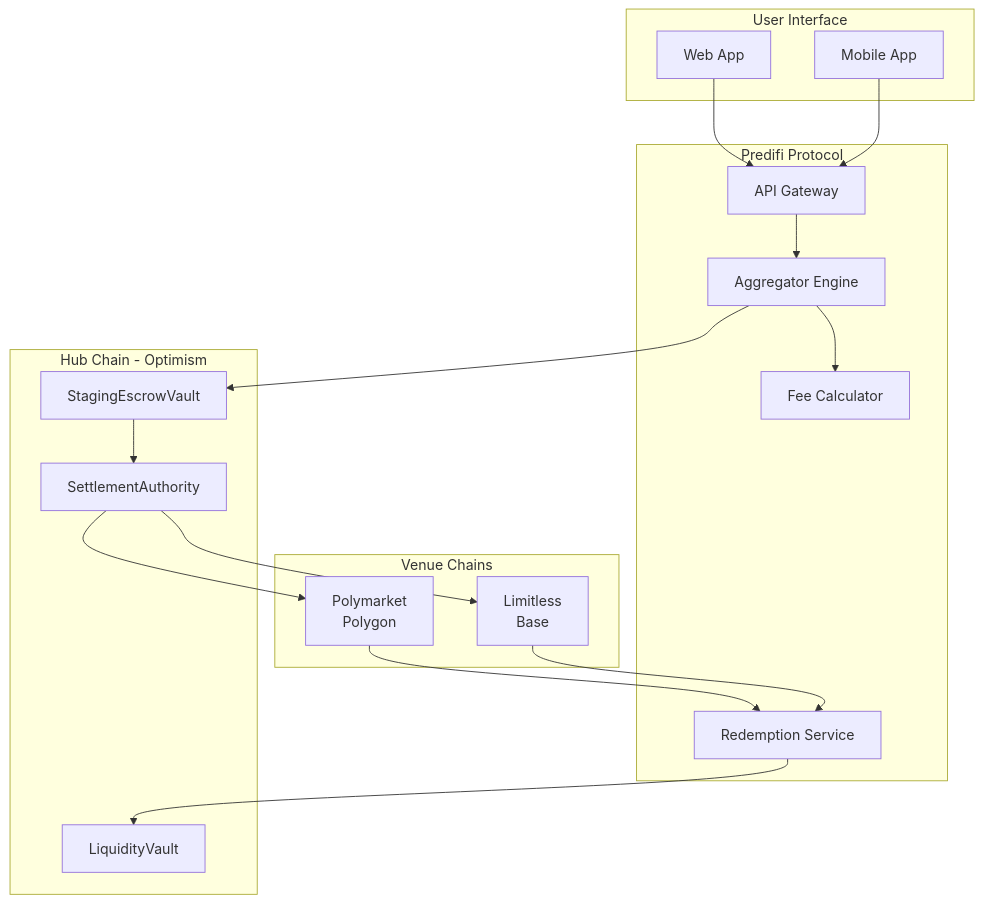
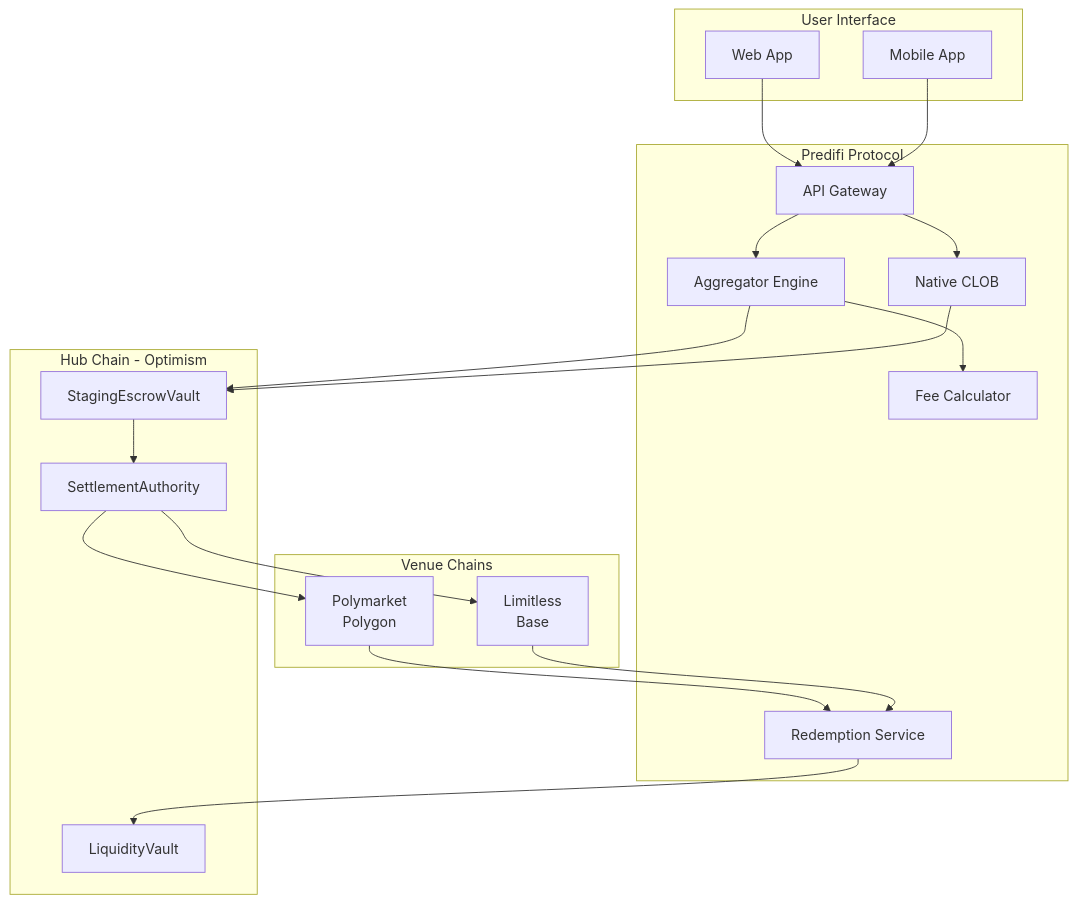
Before and after one commit to Predifi-com/.github: the diagram in profile/README.md, drawn with Mermaid. The commit also changed other lines of this file and 1 other file, not shown here.

````diff
--- a/profile/README.md
+++ b/profile/README.md
@@ -39,37 +39,40 @@
 ```mermaid
 graph TB
     subgraph "User Interface"
         A[Web App]
         B[Mobile App]
     end
     
     subgraph "Predifi Protocol"
         C[API Gateway]
         D[Aggregator Engine]
+        N[Native CLOB]
         E[Fee Calculator]
         F[Redemption Service]
     end
     
     subgraph "Hub Chain - Optimism"
         G[StagingEscrowVault]
         H[SettlementAuthority]
         I[LiquidityVault]
     end
     
     subgraph "Venue Chains"
         J[Polymarket<br/>Polygon]
         K[Limitless<br/>Base]
     end
     
     A --> C
     B --> C
     C --> D
+    C --> N
     D --> E
     D --> G
+    N --> G
     G --> H
     H --> J
     H --> K
     J --> F
     K --> F
     F --> I
 ```
````
